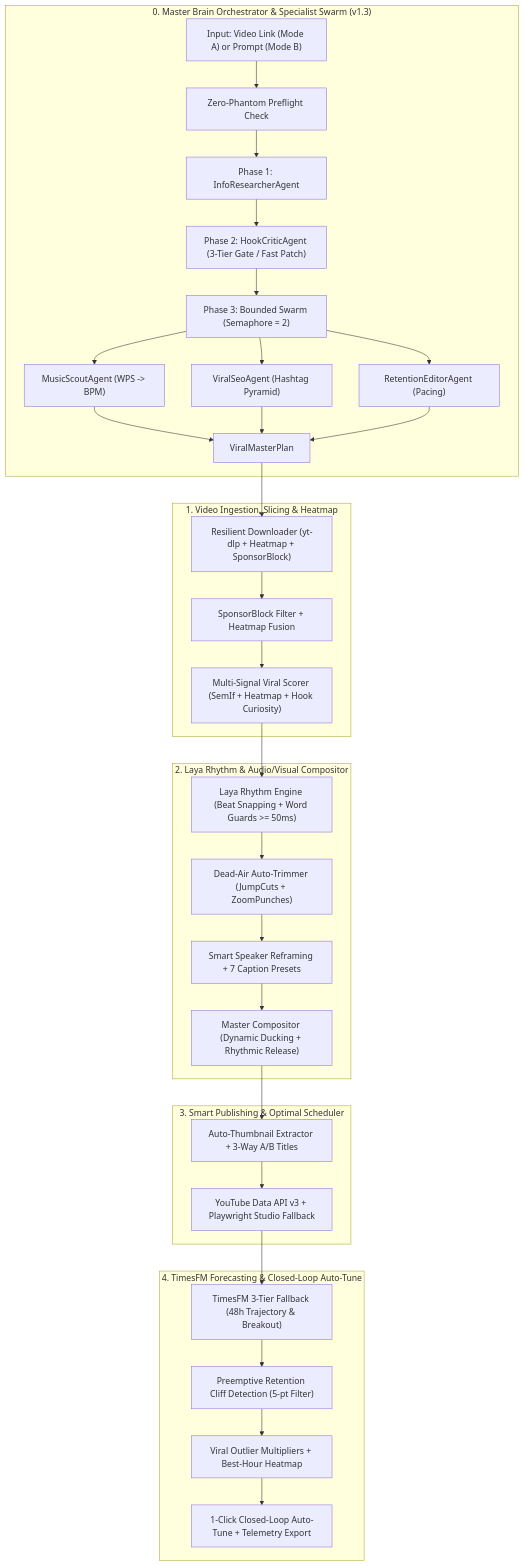
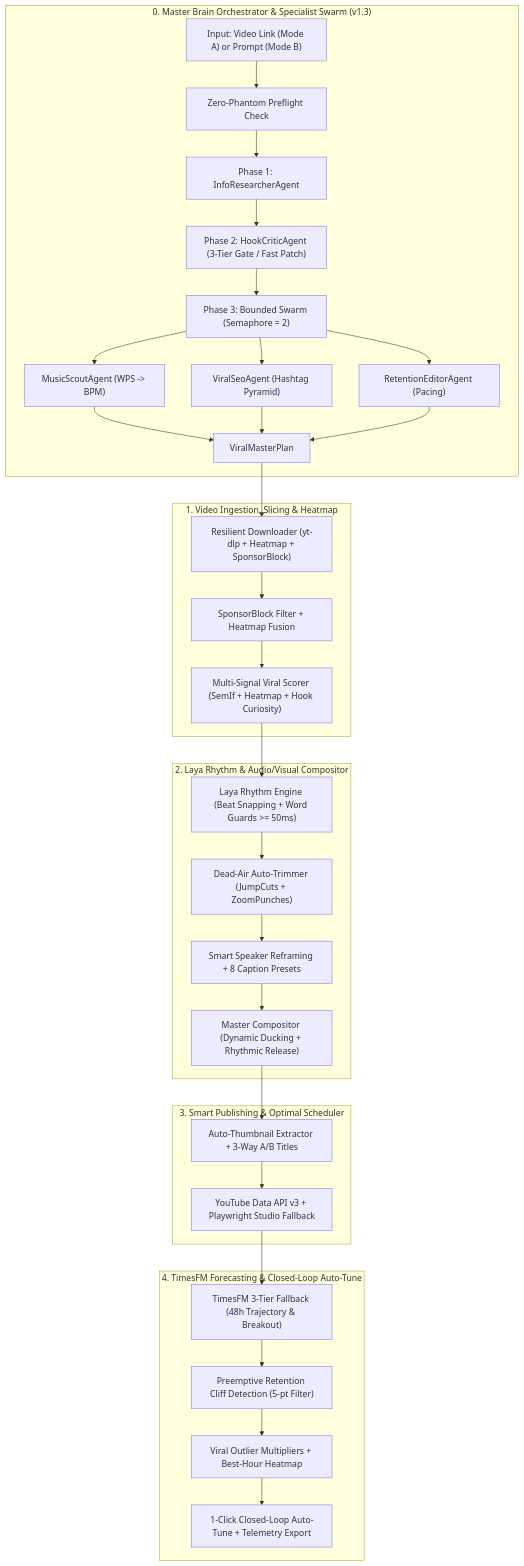
Before and after one commit to Kivitas/YT-shorts-Automation: the diagram in README.md, drawn with Mermaid. The commit also changed other lines of this file and 72 other files, not shown here.

````diff
--- a/README.md
+++ b/README.md
@@ -91,38 +91,38 @@
 ```mermaid
 flowchart TD
     subgraph Brain["0. Master Brain Orchestrator & Specialist Swarm (v1.3)"]
         In["Input: Video Link (Mode A) or Prompt (Mode B)"] --> Pre["Zero-Phantom Preflight Check"]
         Pre --> AG1["Phase 1: InfoResearcherAgent"]
         AG1 --> AG2["Phase 2: HookCriticAgent (3-Tier Gate / Fast Patch)"]
         AG2 --> Swarm["Phase 3: Bounded Swarm (Semaphore = 2)"]
         Swarm --> AG3["MusicScoutAgent (WPS -> BPM)"]
         Swarm --> AG4["ViralSeoAgent (Hashtag Pyramid)"]
         Swarm --> AG5["RetentionEditorAgent (Pacing)"]
         AG3 & AG4 & AG5 --> VPlan["ViralMasterPlan"]
     end
 
     subgraph Slicing["1. Video Ingestion, Slicing & Heatmap"]
         VPlan --> B["Resilient Downloader (yt-dlp + Heatmap + SponsorBlock)"]
         B --> C["SponsorBlock Filter + Heatmap Fusion"]
         C --> D["Multi-Signal Viral Scorer (SemIf + Heatmap + Hook Curiosity)"]
     end
 
     subgraph Production["2. Laya Rhythm & Audio/Visual Compositor"]
         D --> Rhy["Laya Rhythm Engine (Beat Snapping + Word Guards >= 50ms)"]
         Rhy --> E["Dead-Air Auto-Trimmer (JumpCuts + ZoomPunches)"]
-        E --> F["Smart Speaker Reframing + 7 Caption Presets"]
+        E --> F["Smart Speaker Reframing + 8 Caption Presets"]
         F --> G["Master Compositor (Dynamic Ducking + Rhythmic Release)"]
     end
 
     subgraph Publishing["3. Smart Publishing & Optimal Scheduler"]
         G --> H["Auto-Thumbnail Extractor + 3-Way A/B Titles"]
         H --> I["YouTube Data API v3 + Playwright Studio Fallback"]
     end
 
     subgraph Analytics["4. TimesFM Forecasting & Closed-Loop Auto-Tune"]
         I --> TF["TimesFM 3-Tier Fallback (48h Trajectory & Breakout)"]
         TF --> RC["Preemptive Retention Cliff Detection (5-pt Filter)"]
         RC --> J["Viral Outlier Multipliers + Best-Hour Heatmap"]
         J --> K["1-Click Closed-Loop Auto-Tune + Telemetry Export"]
     end
 ```
````
